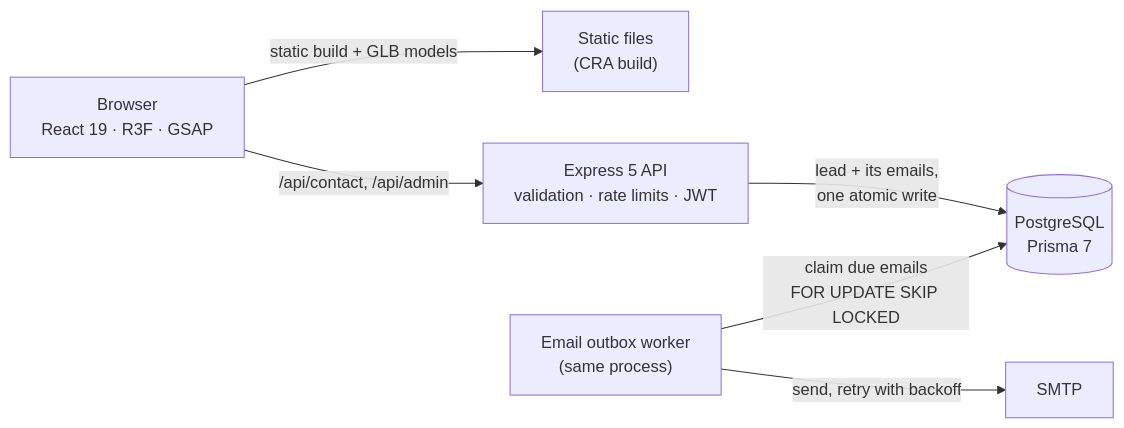
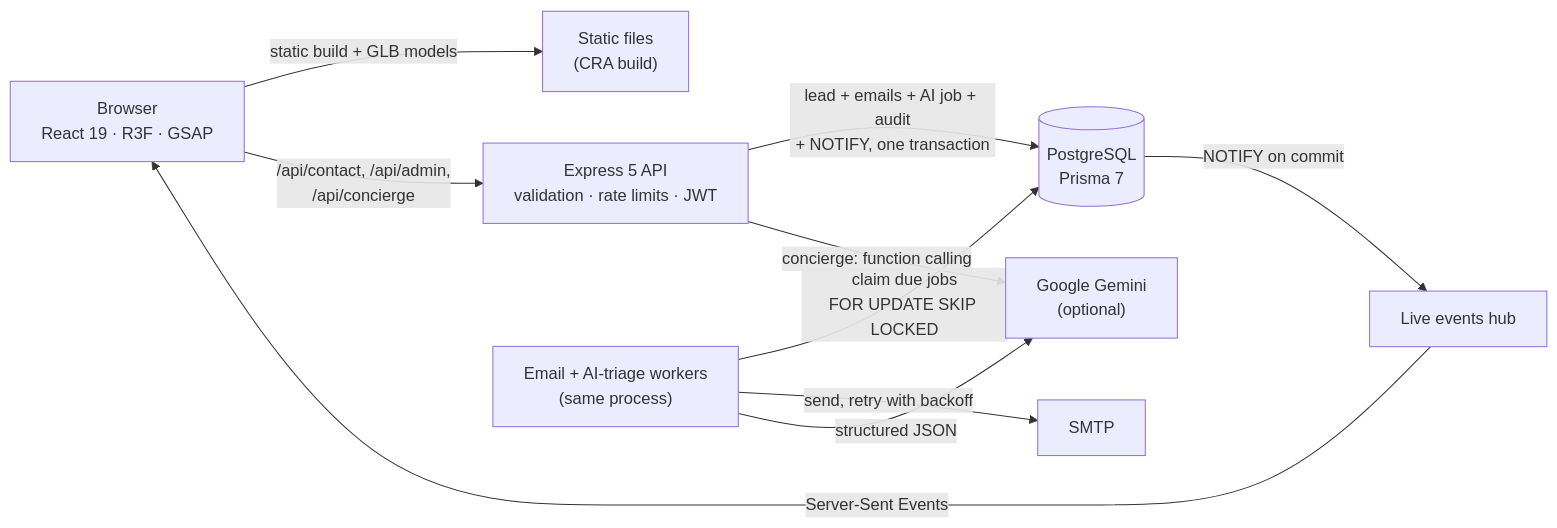
Before and after one commit to Priyanshh1407/porsche-react: the diagram in README.md, drawn with Mermaid. The commit also changed other lines of this file and 2 other files, not shown here.

First line of the commit message:
docs: README, DEPLOY and frontend README cover the configurator, AI and live dashboard

````diff
--- a/README.md
+++ b/README.md
@@ -83,8 +91,12 @@
 ```mermaid
 flowchart LR
     B["Browser<br/>React 19 · R3F · GSAP"] -->|static build + GLB models| S["Static files<br/>(CRA build)"]
-    B -->|/api/contact, /api/admin| A["Express 5 API<br/>validation · rate limits · JWT"]
-    A -->|"lead + its emails,<br/>one atomic write"| P[("PostgreSQL<br/>Prisma 7")]
-    W["Email outbox worker<br/>(same process)"] -->|"claim due emails<br/>FOR UPDATE SKIP LOCKED"| P
+    B -->|"/api/contact, /api/admin,<br/>/api/concierge"| A["Express 5 API<br/>validation · rate limits · JWT"]
+    A -->|"lead + emails + AI job + audit<br/>+ NOTIFY, one transaction"| P[("PostgreSQL<br/>Prisma 7")]
+    W["Email + AI-triage workers<br/>(same process)"] -->|"claim due jobs<br/>FOR UPDATE SKIP LOCKED"| P
     W -->|"send, retry with backoff"| M["SMTP"]
+    W -->|"structured JSON"| G["Google Gemini<br/>(optional)"]
+    A -->|"concierge: function calling"| G
+    P -->|"NOTIFY on commit"| L["Live events hub"]
+    L -->|"Server-Sent Events"| B
 ```
````
